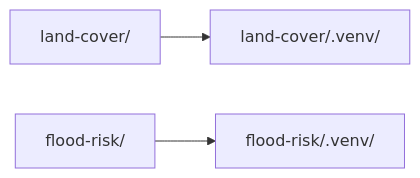
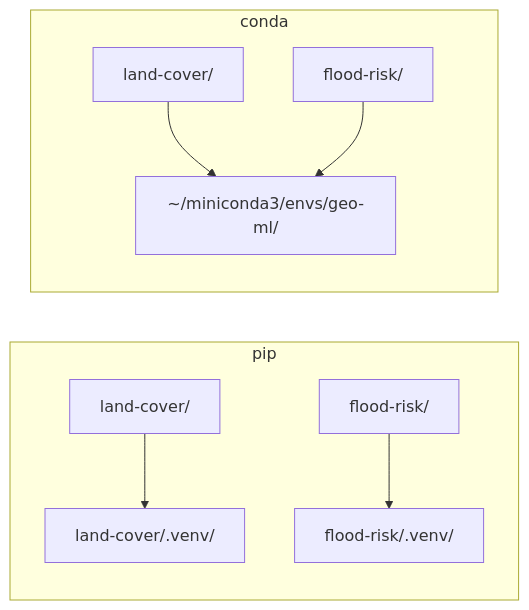
One commit to nebari-dev/nebari-docs changed the first of 3 diagrams in docs/blog/2026-03-16-conda-pixi-nebi.md. Above: the diagram before and after it, drawn with Mermaid. The commit also changed other lines of this file, not shown here.

````diff
--- a/docs/blog/2026-03-16-conda-pixi-nebi.md
+++ b/docs/blog/2026-03-16-conda-pixi-nebi.md
@@ -105,5 +107,11 @@
 ```mermaid
 flowchart LR
-    P1[land-cover/] --> E1[land-cover/.venv/]
-    P2[flood-risk/] --> E2[flood-risk/.venv/]
+    subgraph pip
+        P1[land-cover/] --> E1[land-cover/.venv/]
+        P2[flood-risk/] --> E2[flood-risk/.venv/]
+    end
+    subgraph conda
+        P3[land-cover/] --> E3[~/miniconda3/envs/geo-ml/]
+        P4[flood-risk/] --> E3
+    end
 ```
````
